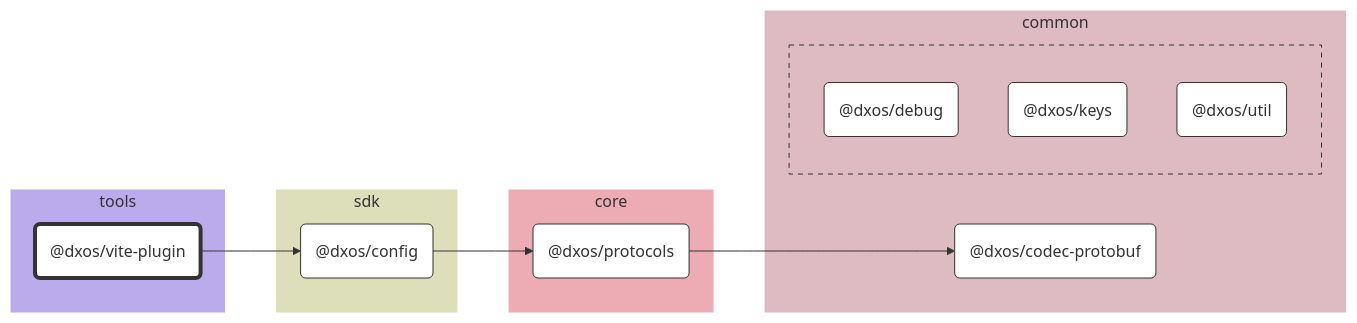
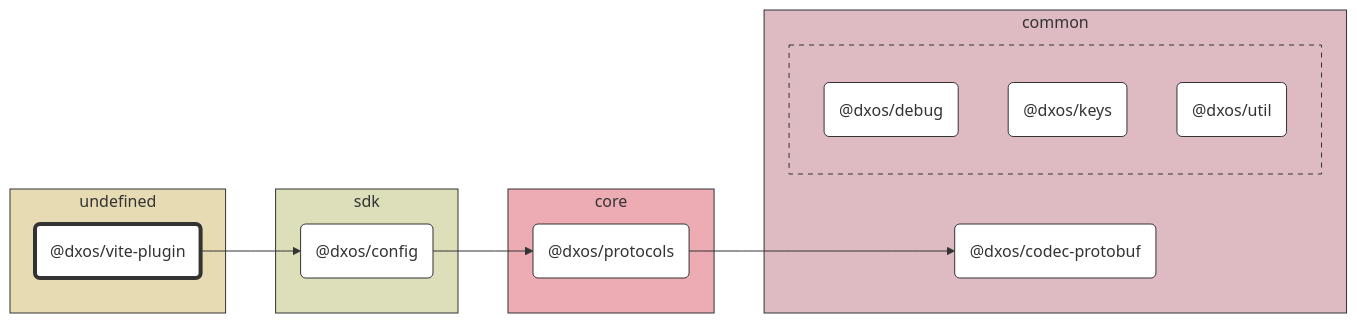
Before and after one commit to dxos/dxos: the diagram in tools/vite-plugin/docs/README.md, drawn with Mermaid. The commit also changed 89 other files, not shown here.

````diff
--- a/tools/vite-plugin/docs/README.md
+++ b/tools/vite-plugin/docs/README.md
@@ -7,51 +7,51 @@
 ```mermaid
 %%{ init: {'flowchart':{'curve':'basis'}} }%%
 
 flowchart LR
 
 %% Classes
 classDef def fill:#fff,stroke:#333,stroke-width:1px
 classDef root fill:#fff,stroke:#333,stroke-width:4px
 
 %% Nodes
 
-subgraph tools [tools]
-  style tools fill:#bbabed,stroke:#fff
+subgraph undefined [undefined]
+  style undefined fill:#e6dbb3,stroke:#333
   dxos/vite-plugin("@dxos/vite-plugin"):::root
   click dxos/vite-plugin "dxos/dxos/tree/main/tools/vite-plugin/docs"
 end
 
 subgraph sdk [sdk]
-  style sdk fill:#dddeba,stroke:#fff
+  style sdk fill:#dddeba,stroke:#333
   dxos/config("@dxos/config"):::def
   click dxos/config "dxos/dxos/tree/main/packages/sdk/config/docs"
 end
 
 subgraph common [common]
-  style common fill:#debac2,stroke:#fff
+  style common fill:#debac2,stroke:#333
   dxos/codec-protobuf("@dxos/codec-protobuf"):::def
   click dxos/codec-protobuf "dxos/dxos/tree/main/packages/common/codec-protobuf/docs"
 
-  subgraph common-excluded [ ]
-    style common-excluded fill:#debac2,stroke:#333,stroke-dasharray:5 5
+  subgraph _ [ ]
+    style _ fill:#debac2,stroke:#333,stroke-dasharray:5 5
     dxos/debug("@dxos/debug"):::def
     click dxos/debug "dxos/dxos/tree/main/packages/common/debug/docs"
     dxos/keys("@dxos/keys"):::def
     click dxos/keys "dxos/dxos/tree/main/packages/common/keys/docs"
     dxos/util("@dxos/util"):::def
     click dxos/util "dxos/dxos/tree/main/packages/common/util/docs"
   end
 end
 
 subgraph core [core]
-  style core fill:#edabb3,stroke:#fff
+  style core fill:#edabb3,stroke:#333
   dxos/protocols("@dxos/protocols"):::def
   click dxos/protocols "dxos/dxos/tree/main/packages/core/protocols/docs"
 end
 
 %% Links
 linkStyle default stroke:#333,stroke-width:1px
 dxos/vite-plugin --> dxos/config
 dxos/config --> dxos/protocols
 dxos/protocols --> dxos/codec-protobuf
 ```
````
